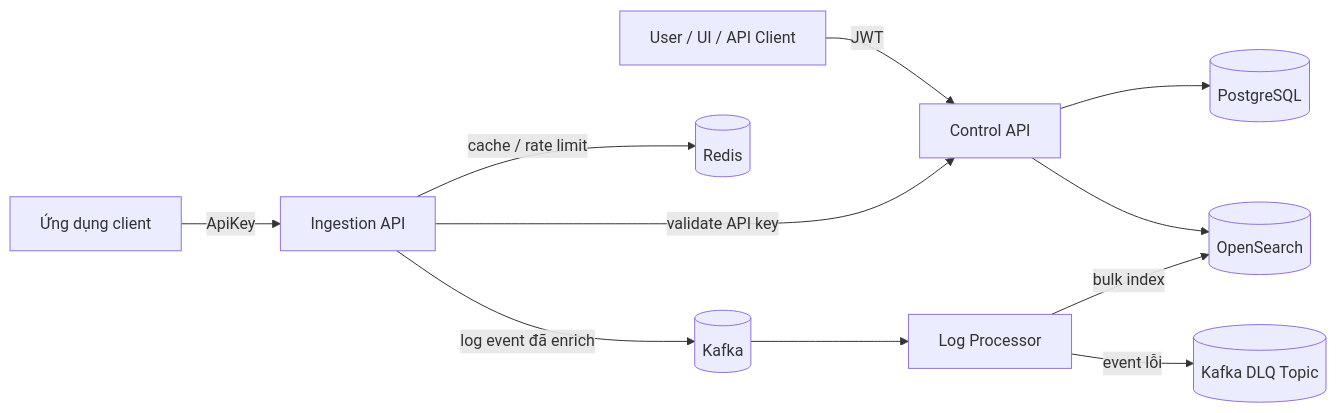
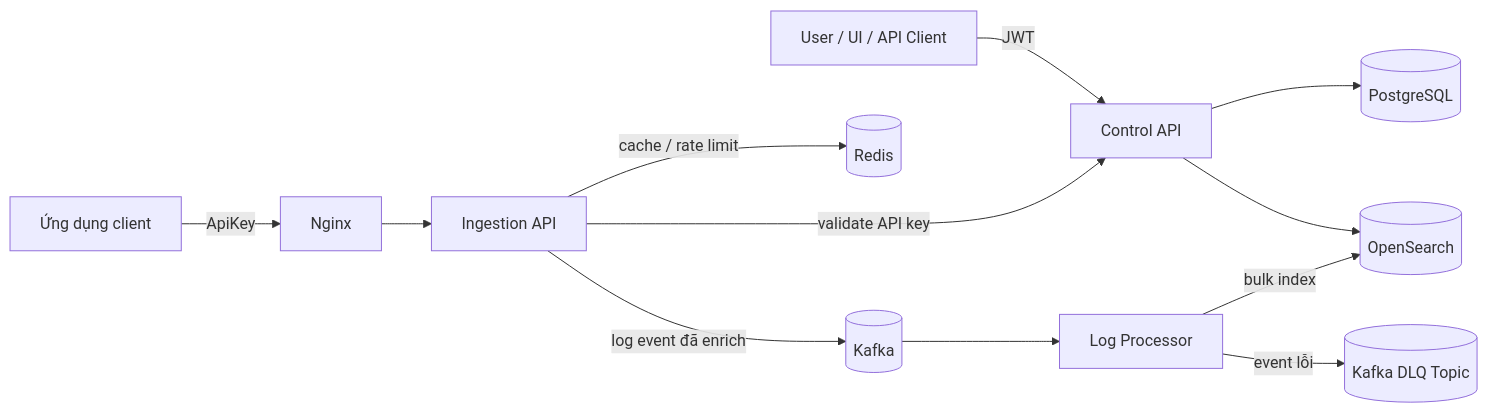
The diagram in README.md (T-Hank2712/TraceFlow), drawn with Mermaid before and after one commit. The commit also changed other lines of this file and 27 other files, not shown here.

````diff
--- a/README.md
+++ b/README.md
@@ -74,14 +77,15 @@
 ```mermaid
 flowchart LR
     User[User / UI / API Client] -->|JWT| ControlAPI[Control API]
     ControlAPI --> Postgres[(PostgreSQL)]
     ControlAPI --> OpenSearch[(OpenSearch)]
 
-    Client[Ứng dụng client] -->|ApiKey| IngestionAPI[Ingestion API]
+    Client[Ứng dụng client] -->|ApiKey| Nginx[Nginx]
+    Nginx --> IngestionAPI[Ingestion API]
     IngestionAPI -->|validate API key| ControlAPI
     IngestionAPI -->|cache / rate limit| Redis[(Redis)]
     IngestionAPI -->|log event đã enrich| Kafka[(Kafka)]
     Kafka --> Processor[Log Processor]
     Processor -->|bulk index| OpenSearch
     Processor -->|event lỗi| DLQ[(Kafka DLQ Topic)]
 ```
````
